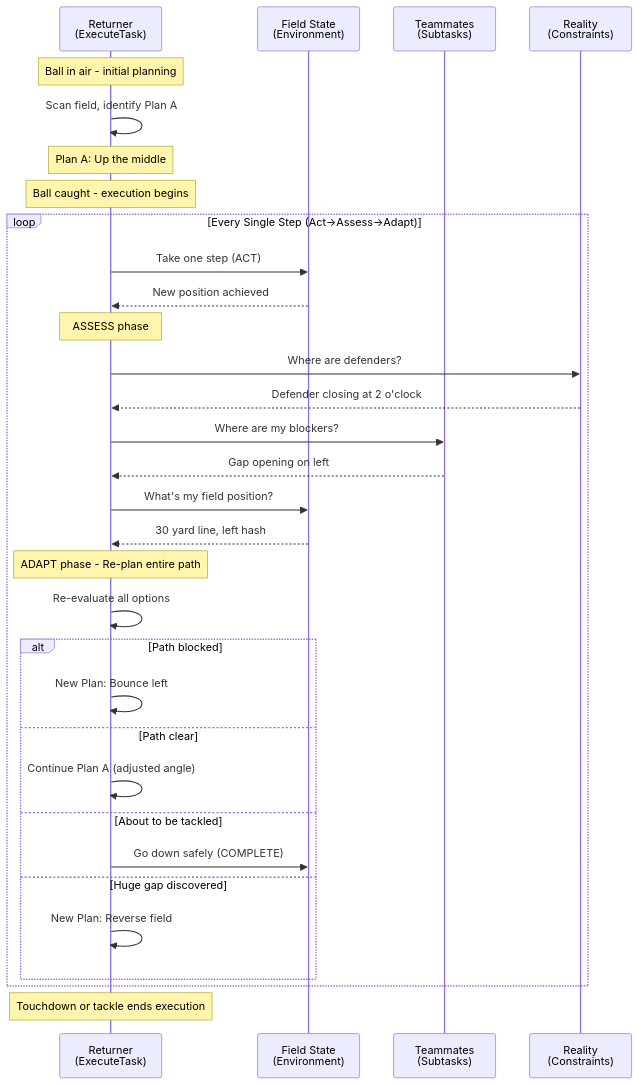
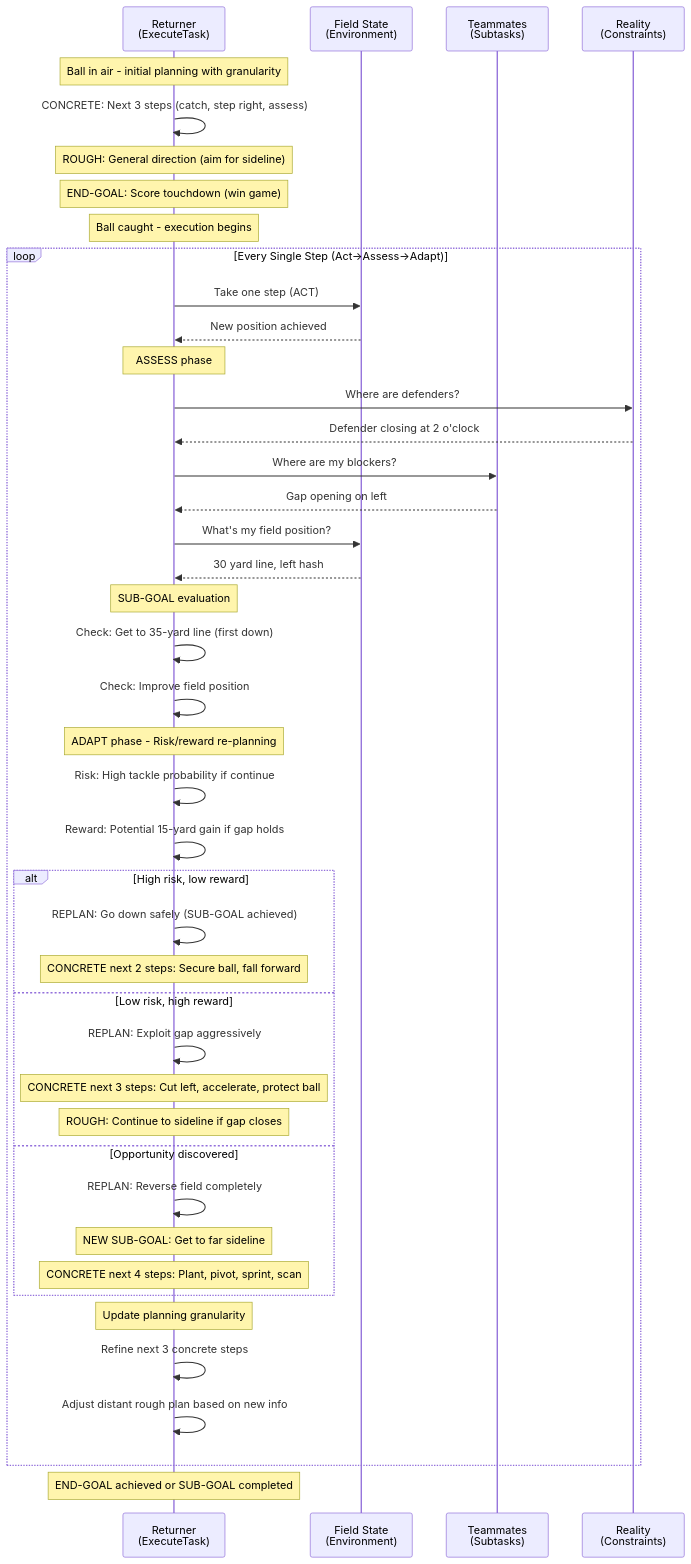
Before and after one commit to darrhal/TaskExecutionFramework: the first of 3 diagrams in Specs/EXECUTION_FLOW_METAPHORS.md, drawn with Mermaid. The commit also changed other lines of this file and 2 other files, not shown here.

````diff
--- a/Specs/EXECUTION_FLOW_METAPHORS.md
+++ b/Specs/EXECUTION_FLOW_METAPHORS.md
@@ -53,41 +42,54 @@
 ```mermaid
 sequenceDiagram
     participant Returner as Returner<br/>(ExecuteTask)
     participant Field as Field State<br/>(Environment)
     participant Blockers as Teammates<br/>(Subtasks)
     participant Defense as Reality<br/>(Constraints)
     
-    Note over Returner: Ball in air - initial planning
-    Returner->>Returner: Scan field, identify Plan A
-    Note over Returner: Plan A: Up the middle
+    Note over Returner: Ball in air - initial planning with granularity
+    Returner->>Returner: CONCRETE: Next 3 steps (catch, step right, assess)
+    Note over Returner: ROUGH: General direction (aim for sideline)
+    Note over Returner: END-GOAL: Score touchdown (win game)
     
     Note over Returner: Ball caught - execution begins
     
     loop Every Single Step (Act→Assess→Adapt)
         Returner->>Field: Take one step (ACT)
         Field-->>Returner: New position achieved
         
         Note over Returner: ASSESS phase
         Returner->>Defense: Where are defenders?
         Defense-->>Returner: Defender closing at 2 o'clock
         Returner->>Blockers: Where are my blockers?
         Blockers-->>Returner: Gap opening on left
         Returner->>Field: What's my field position?
         Field-->>Returner: 30 yard line, left hash
         
-        Note over Returner: ADAPT phase - Re-plan entire path
-        Returner->>Returner: Re-evaluate all options
+        Note over Returner: SUB-GOAL evaluation
+        Returner->>Returner: Check: Get to 35-yard line (first down)
+        Returner->>Returner: Check: Improve field position
         
-        alt Path blocked
-            Returner->>Returner: New Plan: Bounce left
-        else Path clear
-            Returner->>Returner: Continue Plan A (adjusted angle)
-        else About to be tackled
-            Returner->>Field: Go down safely (COMPLETE)
-        else Huge gap discovered
-            Returner->>Returner: New Plan: Reverse field
+        Note over Returner: ADAPT phase - Risk/reward re-planning
+        Returner->>Returner: Risk: High tackle probability if continue
+        Returner->>Returner: Reward: Potential 15-yard gain if gap holds
+        
+        alt High risk, low reward
+            Returner->>Returner: REPLAN: Go down safely (SUB-GOAL achieved)
+            Note over Returner: CONCRETE next 2 steps: Secure ball, fall forward
+        else Low risk, high reward
+            Returner->>Returner: REPLAN: Exploit gap aggressively
+            Note over Returner: CONCRETE next 3 steps: Cut left, accelerate, protect ball
+            Note over Returner: ROUGH: Continue to sideline if gap closes
+        else Opportunity discovered
+            Returner->>Returner: REPLAN: Reverse field completely
+            Note over Returner: NEW SUB-GOAL: Get to far sideline
+            Note over Returner: CONCRETE next 4 steps: Plant, pivot, sprint, scan
         end
+        
+        Note over Returner: Update planning granularity
+        Returner->>Returner: Refine next 3 concrete steps
+        Returner->>Returner: Adjust distant rough plan based on new info
     end
     
-    Note over Returner: Touchdown or tackle ends execution
+    Note over Returner: END-GOAL achieved or SUB-GOAL completed
 ```
````
